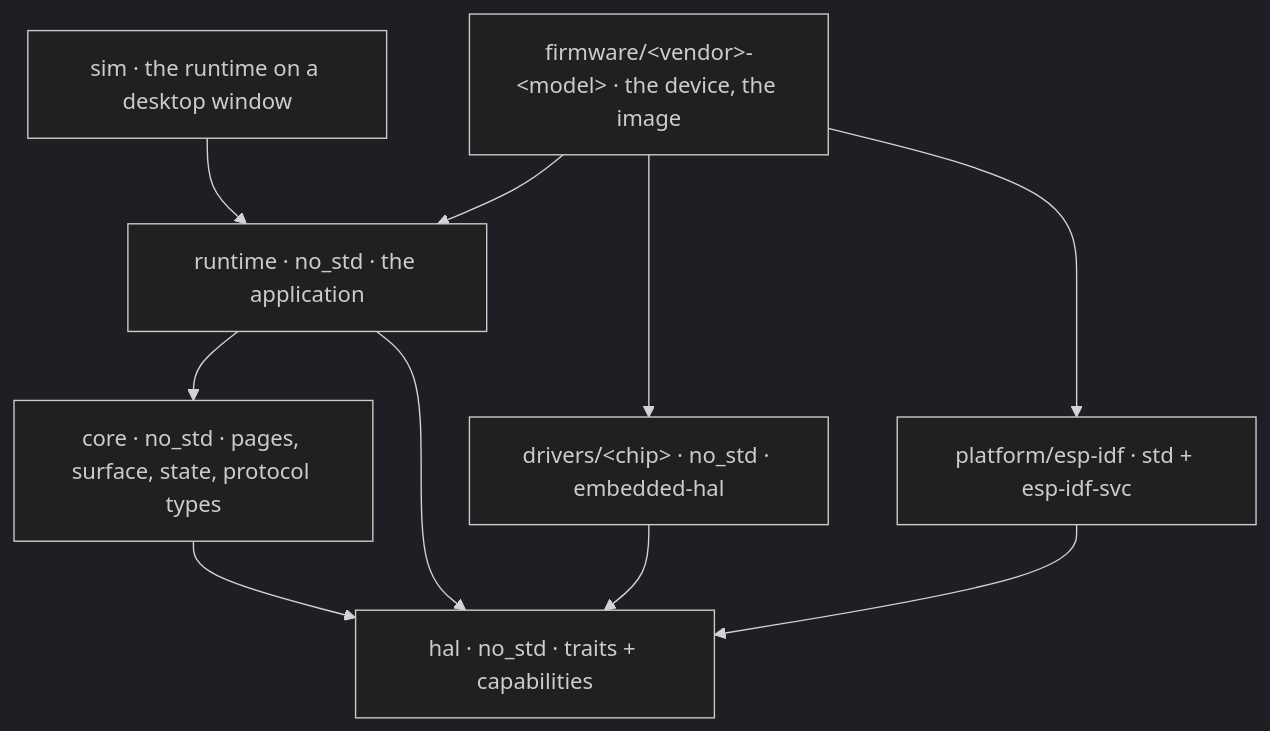
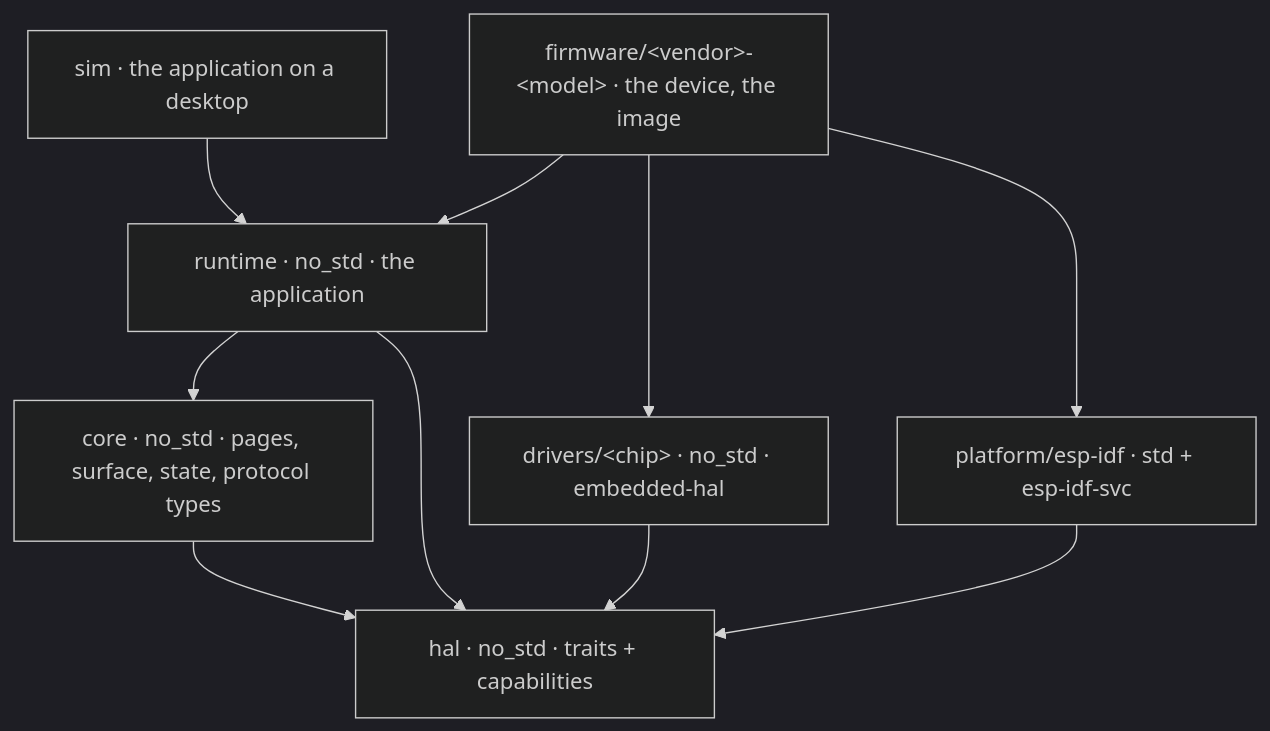
The second of 2 diagrams in README.md (foonerd/volumio-esp-companion), drawn with Mermaid (dark theme) before and after one commit. The commit also changed other lines of this file and 12 other files, not shown here.

First line of the commit message:
feat(sim): the application on a desktop, in a window or a PNG

````diff
--- a/README.md
+++ b/README.md
@@ -53,20 +53,20 @@
 ```mermaid
 flowchart TB
     core[core · no_std · pages, surface, state, protocol types]
     hal[hal · no_std · traits + capabilities]
     drivers[drivers/&lt;chip&gt; · no_std · embedded-hal]
     runtime[runtime · no_std · the application]
     platform[platform/esp-idf · std + esp-idf-svc]
     firmware[firmware/&lt;vendor&gt;-&lt;model&gt; · the device, the image]
-    sim[sim · the runtime on a desktop window]
+    sim[sim · the application on a desktop]
 
     core --> hal
     runtime --> core
     runtime --> hal
     drivers --> hal
     platform --> hal
     firmware --> runtime
     firmware --> drivers
     firmware --> platform
     sim --> runtime
 ```
````
